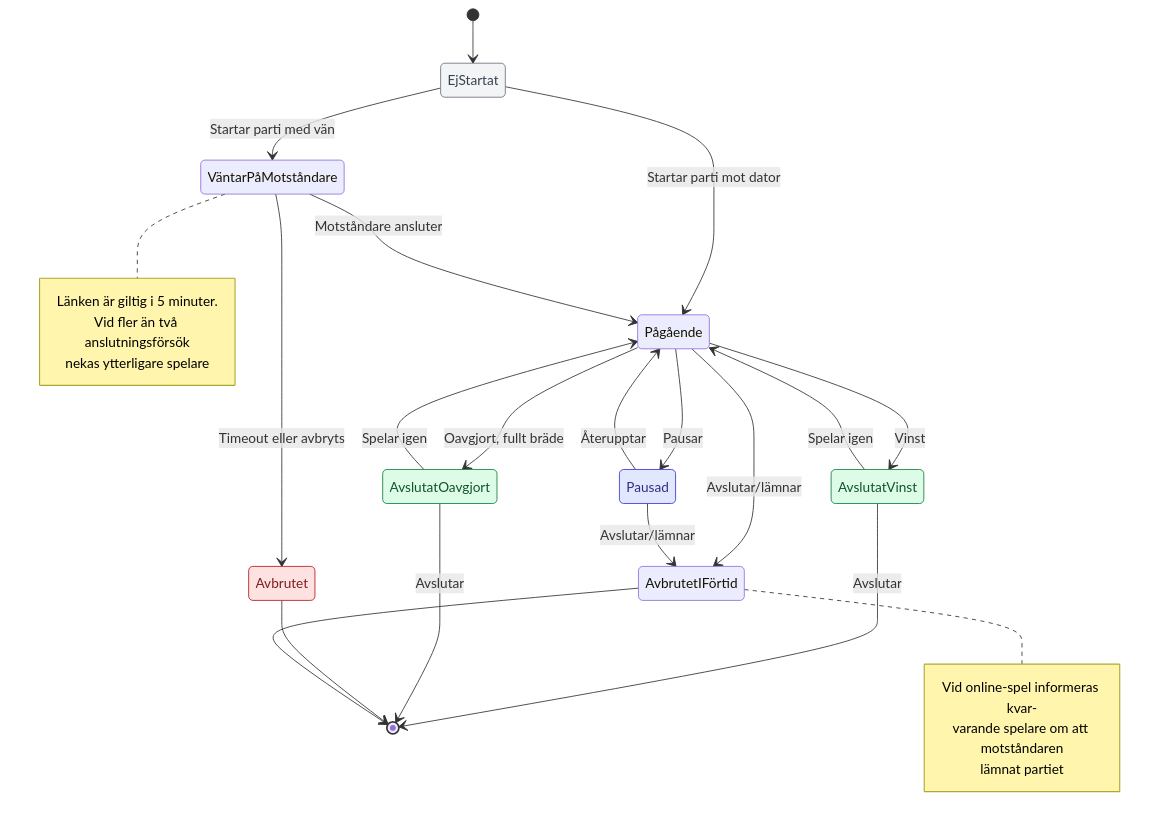
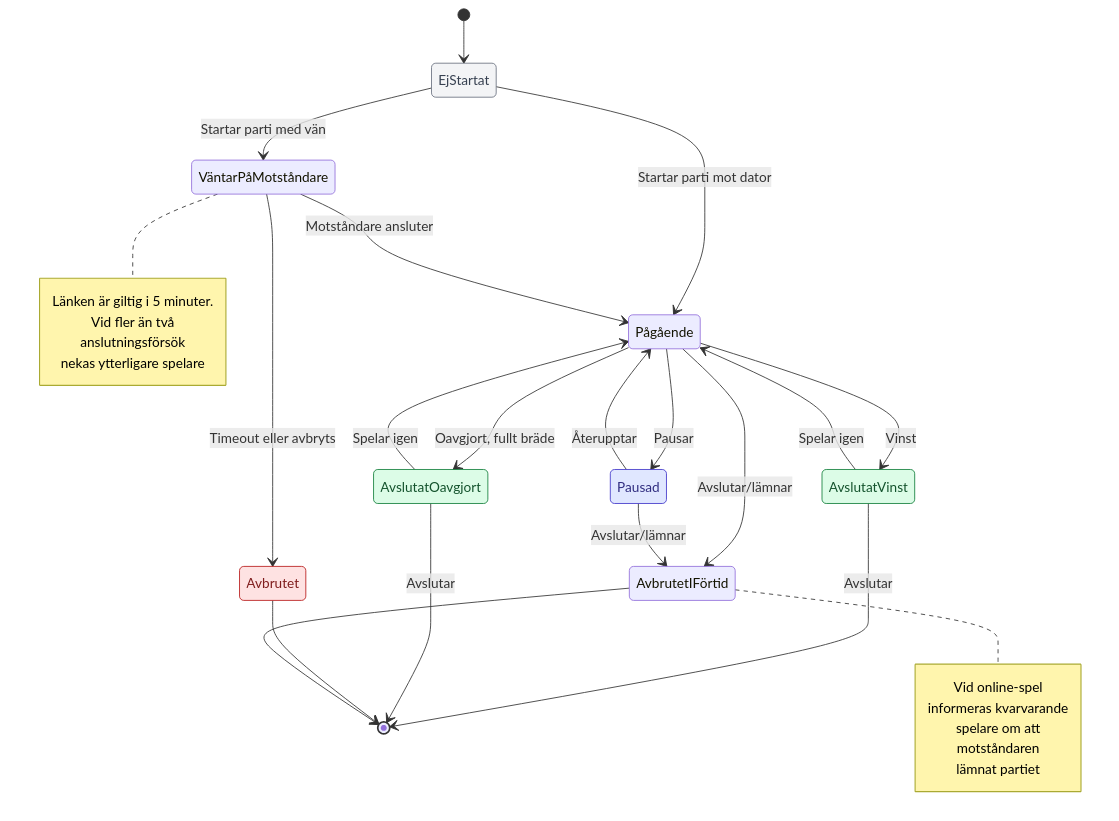
The second of 2 diagrams in docs/requirements/08-diagram.md (S470-crypto/Grupp-3-Projektarbete), drawn with Mermaid before and after one commit. The commit also changed other lines of this file, not shown here.

````diff
--- a/docs/requirements/08-diagram.md
+++ b/docs/requirements/08-diagram.md
@@ -47,59 +54,62 @@
 ```mermaid
 %% Täcker use cases: UC-01 (Starta parti mot dator), UC-02 (Starta parti, bjud in vän),
 %% UC-03 (Anslut till parti via länk), UC-04 (Spela igen mot samma motspelare),
 %% UC-05 (Avbryt väntan vid timeout), UC-07 (Pausa och återuppta parti),
 %% UC-09 (vinst-/oavgjortkontroll), UC-11 (Förhindra obehöriga från att ansluta),
 %% UC-20 (Avsluta/lämna pågående parti)
 stateDiagram-v2
     classDef neutral fill:#f3f4f6,stroke:#6b7280,color:#374151,stroke-width:1px
     classDef waiting fill:#fef3c7,stroke:#b45309,color:#78350f,stroke-width:1px
     classDef active fill:#dbeafe,stroke:#1d4ed8,color:#1e3a8a,stroke-width:1px
     classDef paused fill:#e0e7ff,stroke:#4338ca,color:#312e81,stroke-width:1px
     classDef ended fill:#dcfce7,stroke:#15803d,color:#14532d,stroke-width:1px
     classDef cancelled fill:#fee2e2,stroke:#b91c1c,color:#7f1d1d,stroke-width:1px
  
     [*] --> EjStartat
     EjStartat --> VäntarPåMotståndare : Startar parti med vän
     EjStartat --> Pågående : Startar parti mot dator
  
     VäntarPåMotståndare --> Pågående : Motståndare ansluter
     VäntarPåMotståndare --> Avbrutet : Timeout eller avbryts
  
     Pågående --> Pausad : Pausar
     Pausad --> Pågående : Återupptar
  
     Pågående --> AvslutatVinst : Vinst
     Pågående --> AvslutatOavgjort : Oavgjort, fullt bräde
  
     Pågående --> AvbrutetIFörtid : Avslutar/lämnar
     Pausad --> AvbrutetIFörtid : Avslutar/lämnar
  
     AvslutatVinst --> Pågående : Spelar igen
     AvslutatOavgjort --> Pågående : Spelar igen
  
     AvslutatVinst --> [*] : Avslutar
     AvslutatOavgjort --> [*] : Avslutar
     Avbrutet --> [*]
     AvbrutetIFörtid --> [*]
  
     class EjStartat neutral
     class VäntarPåMotståndare waiting
     class Pågående active
     class Pausad paused
     class AvslutatVinst ended
     class AvslutatOavgjort ended
     class Avbrutet cancelled
     class AvbrutetIFörtid cancelled
  
     note right of VäntarPåMotståndare
         Länken är giltig i 5 minuter.
-        Vid fler än två anslutningsförsök
+        Vid fler än två
+anslutningsförsök
         nekas ytterligare spelare
     end note
  
     note right of AvbrutetIFörtid
-        Vid online-spel informeras kvar-
-        varande spelare om att motståndaren
+        Vid online-spel
+informeras kvarvarande
+spelare om att
+motståndaren
         lämnat partiet
     end note
 ```
````
